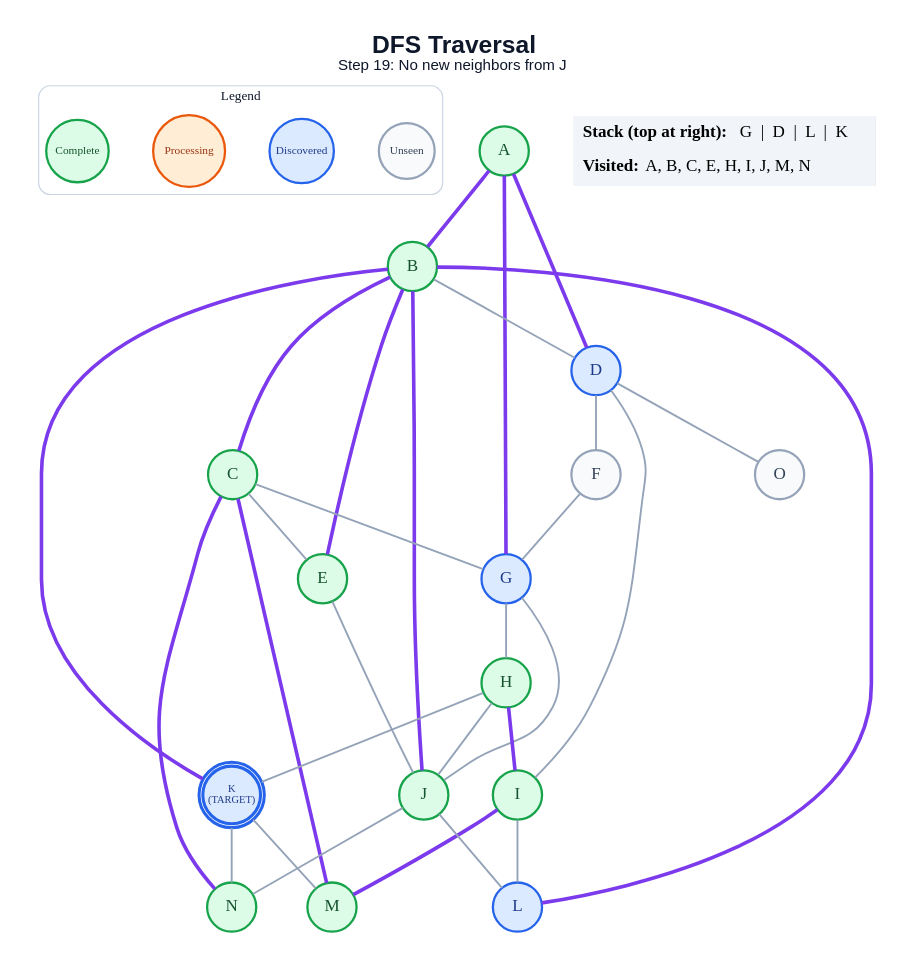
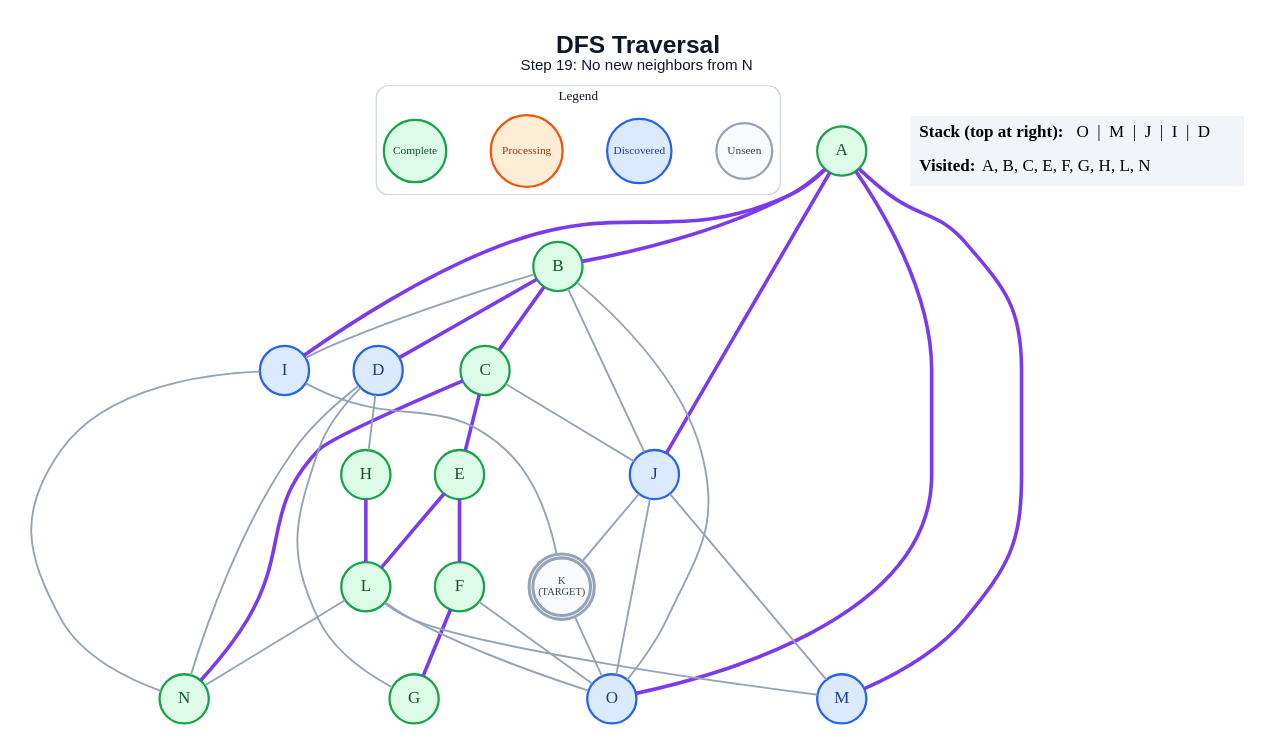
One commit to anon7238593-create/ai-slop changed the diagram in generated/specific-node/dfs/step_19.dot. Above: the diagram before and after it, drawn with Graphviz. The commit also changed 248 other files, not shown here.

```diff
--- a/generated/specific-node/dfs/step_19.dot
+++ b/generated/specific-node/dfs/step_19.dot
@@ -1,63 +1,64 @@
 graph traversal {
   graph [layout=dot, rankdir=TB, bgcolor="#FFFFFF", pad="0.35", nodesep="0.65", ranksep="0.8", fontname="Arial"];
   node [shape=circle, style="filled", fontname="Arial Bold", fontsize=18, width=0.72, fixedsize=true, penwidth=2.4];
   edge [color="#94A3B8", penwidth=2.0];
-  label=<<B>DFS Traversal</B><BR/><FONT POINT-SIZE="16">Step 19: No new neighbors from J</FONT>>; labelloc="t"; fontsize=26; fontname="Arial"; fontcolor="#0F172A";
+  label=<<B>DFS Traversal</B><BR/><FONT POINT-SIZE="16">Step 19: No new neighbors from N</FONT>>; labelloc="t"; fontsize=26; fontname="Arial"; fontcolor="#0F172A";
   subgraph cluster_legend { label="Legend"; color="#CBD5E1"; penwidth=1.2; style="rounded"; fontsize=14; fontname="Arial Bold";
     key_unseen [label="Unseen", fillcolor="#F8FAFC", color="#94A3B8", fontcolor="#334155", fontsize=12, width=0.82];
     key_frontier [label="Discovered", fillcolor="#DBEAFE", color="#2563EB", fontcolor="#1E3A8A", fontsize=12, width=0.95];
     key_current [label="Processing", fillcolor="#FFEDD5", color="#EA580C", fontcolor="#9A3412", fontsize=12, width=1.05];
     key_done [label="Complete", fillcolor="#DCFCE7", color="#16A34A", fontcolor="#14532D", fontsize=12, width=0.92];
     { rank=same; key_unseen; key_frontier; key_current; key_done; }
   }
   A [label="A", fillcolor="#DCFCE7", color="#16A34A", fontcolor="#14532D", peripheries=1, penwidth=2.4];
   B [label="B", fillcolor="#DCFCE7", color="#16A34A", fontcolor="#14532D", peripheries=1, penwidth=2.4];
   C [label="C", fillcolor="#DCFCE7", color="#16A34A", fontcolor="#14532D", peripheries=1, penwidth=2.4];
   D [label="D", fillcolor="#DBEAFE", color="#2563EB", fontcolor="#1E3A8A", peripheries=1, penwidth=2.4];
   E [label="E", fillcolor="#DCFCE7", color="#16A34A", fontcolor="#14532D", peripheries=1, penwidth=2.4];
-  F [label="F", fillcolor="#F8FAFC", color="#94A3B8", fontcolor="#334155", peripheries=1, penwidth=2.4];
-  G [label="G", fillcolor="#DBEAFE", color="#2563EB", fontcolor="#1E3A8A", peripheries=1, penwidth=2.4];
+  F [label="F", fillcolor="#DCFCE7", color="#16A34A", fontcolor="#14532D", peripheries=1, penwidth=2.4];
+  G [label="G", fillcolor="#DCFCE7", color="#16A34A", fontcolor="#14532D", peripheries=1, penwidth=2.4];
   H [label="H", fillcolor="#DCFCE7", color="#16A34A", fontcolor="#14532D", peripheries=1, penwidth=2.4];
-  I [label="I", fillcolor="#DCFCE7", color="#16A34A", fontcolor="#14532D", peripheries=1, penwidth=2.4];
-  J [label="J", fillcolor="#DCFCE7", color="#16A34A", fontcolor="#14532D", peripheries=1, penwidth=2.4];
-  K [label="K\n(TARGET)", fillcolor="#DBEAFE", color="#2563EB", fontcolor="#1E3A8A", peripheries=2, penwidth=3.2, fontsize=11, width=0.85, height=0.85];
-  L [label="L", fillcolor="#DBEAFE", color="#2563EB", fontcolor="#1E3A8A", peripheries=1, penwidth=2.4];
-  M [label="M", fillcolor="#DCFCE7", color="#16A34A", fontcolor="#14532D", peripheries=1, penwidth=2.4];
+  I [label="I", fillcolor="#DBEAFE", color="#2563EB", fontcolor="#1E3A8A", peripheries=1, penwidth=2.4];
+  J [label="J", fillcolor="#DBEAFE", color="#2563EB", fontcolor="#1E3A8A", peripheries=1, penwidth=2.4];
+  K [label="K\n(TARGET)", fillcolor="#F8FAFC", color="#94A3B8", fontcolor="#334155", peripheries=2, penwidth=3.2, fontsize=11, width=0.85, height=0.85];
+  L [label="L", fillcolor="#DCFCE7", color="#16A34A", fontcolor="#14532D", peripheries=1, penwidth=2.4];
+  M [label="M", fillcolor="#DBEAFE", color="#2563EB", fontcolor="#1E3A8A", peripheries=1, penwidth=2.4];
   N [label="N", fillcolor="#DCFCE7", color="#16A34A", fontcolor="#14532D", peripheries=1, penwidth=2.4];
-  O [label="O", fillcolor="#F8FAFC", color="#94A3B8", fontcolor="#334155", peripheries=1, penwidth=2.4];
+  O [label="O", fillcolor="#DBEAFE", color="#2563EB", fontcolor="#1E3A8A", peripheries=1, penwidth=2.4];
   A -- B [color="#7C3AED", penwidth=3.8];
-  A -- D [color="#7C3AED", penwidth=3.8];
-  A -- G [color="#7C3AED", penwidth=3.8];
+  A -- I [color="#7C3AED", penwidth=3.8];
+  A -- J [color="#7C3AED", penwidth=3.8];
+  A -- M [color="#7C3AED", penwidth=3.8];
+  A -- O [color="#7C3AED", penwidth=3.8];
   B -- C [color="#7C3AED", penwidth=3.8];
-  B -- D;
-  B -- E [color="#7C3AED", penwidth=3.8];
-  B -- J [color="#7C3AED", penwidth=3.8];
-  B -- K [color="#7C3AED", penwidth=3.8];
-  B -- L [color="#7C3AED", penwidth=3.8];
-  C -- E;
-  C -- G;
-  C -- M [color="#7C3AED", penwidth=3.8];
+  B -- D [color="#7C3AED", penwidth=3.8];
+  B -- I;
+  B -- J;
+  B -- O;
+  C -- E [color="#7C3AED", penwidth=3.8];
+  C -- J;
   C -- N [color="#7C3AED", penwidth=3.8];
-  D -- F;
-  D -- I;
-  D -- O;
-  E -- J;
-  F -- G;
-  G -- H;
-  G -- J;
-  H -- I [color="#7C3AED", penwidth=3.8];
-  H -- J;
-  H -- K;
-  I -- L;
-  I -- M [color="#7C3AED", penwidth=3.8];
-  J -- L;
-  J -- N;
-  K -- M;
-  K -- N;
+  D -- G;
+  D -- H;
+  D -- N;
+  E -- F [color="#7C3AED", penwidth=3.8];
+  E -- L [color="#7C3AED", penwidth=3.8];
+  F -- G [color="#7C3AED", penwidth=3.8];
+  F -- O;
+  H -- L [color="#7C3AED", penwidth=3.8];
+  I -- K;
+  I -- N;
+  J -- K;
+  J -- M;
+  J -- O;
+  K -- O;
+  L -- M;
+  L -- N;
+  L -- O;
   status [shape=plain, fixedsize=false, width=0, height=0, margin=0, label=<
     <TABLE BORDER="0" CELLBORDER="0" CELLPADDING="7" BGCOLOR="#F1F5F9">
-      <TR><TD ALIGN="LEFT"><B>Stack (top at right):</B> G  |  D  |  L  |  K</TD></TR>
-      <TR><TD ALIGN="LEFT"><B>Visited:</B> A, B, C, E, H, I, J, M, N</TD></TR>
+      <TR><TD ALIGN="LEFT"><B>Stack (top at right):</B> O  |  M  |  J  |  I  |  D</TD></TR>
+      <TR><TD ALIGN="LEFT"><B>Visited:</B> A, B, C, E, F, G, H, L, N</TD></TR>
     </TABLE>
   >];
 }
```
